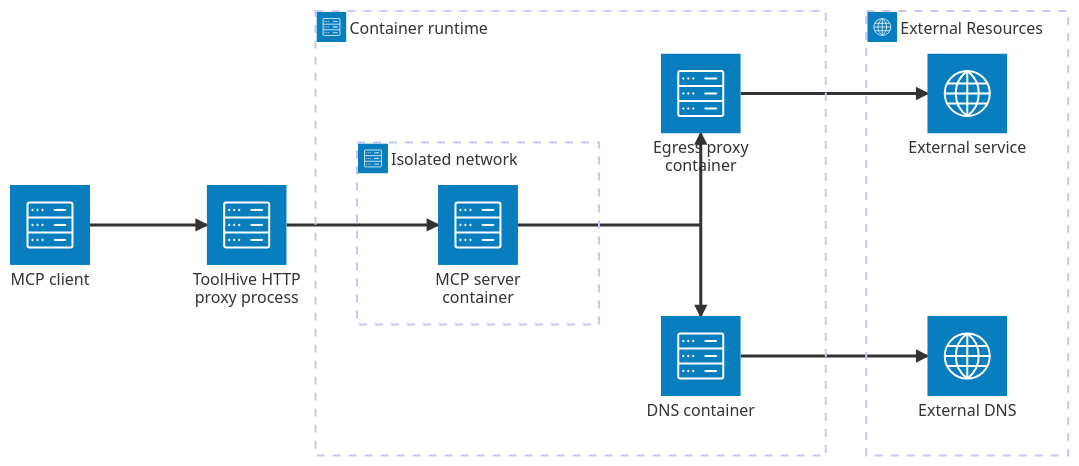
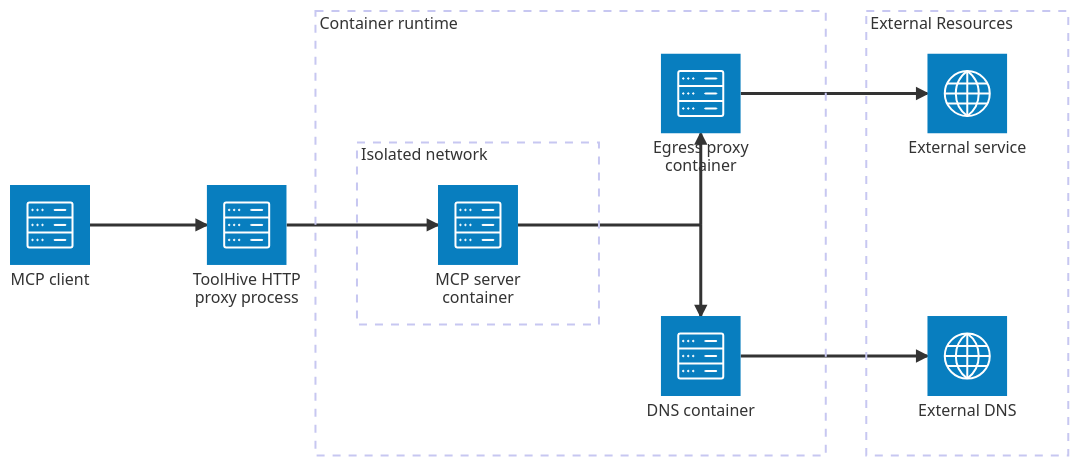
Before and after one commit to stacklok/docs-website: the first of 2 diagrams in docs/toolhive/guides-cli/custom-permissions.mdx, drawn with Mermaid. The commit also changed 4 other files, not shown here.

Commit message:
Fix broken links and update diagram

````diff
--- a/docs/toolhive/guides-cli/custom-permissions.mdx
+++ b/docs/toolhive/guides-cli/custom-permissions.mdx
@@ -229,25 +229,25 @@
 ```mermaid
 architecture-beta
     service mcp_client(server)[MCP client]
     service toolhive_proxy(server)[ToolHive HTTP proxy process]
 
-    group container_runtime(server)[Container runtime]
-    group thv_internal(server)[Isolated network] in container_runtime
+    group container_runtime[Container runtime]
+    group thv_internal[Isolated network] in container_runtime
     service egress(server)[Egress proxy container] in container_runtime
     service mcp_server(server)[MCP server container] in thv_internal
     service dns_container(server)[DNS container] in container_runtime
 
-    group external(internet)[External Resources]
+    group external[External Resources]
     service external_service(internet)[External service] in external
     service external_dns(internet)[External DNS] in external
 
     junction outbound in container_runtime
 
     mcp_client:R --> L:toolhive_proxy
     toolhive_proxy:R --> L:mcp_server
     mcp_server:R -- L:outbound
     egress:B <-- T:outbound
     dns_container:T <-- B:outbound
     egress:R --> L:external_service
     dns_container:R --> L:external_dns
 ```
````
